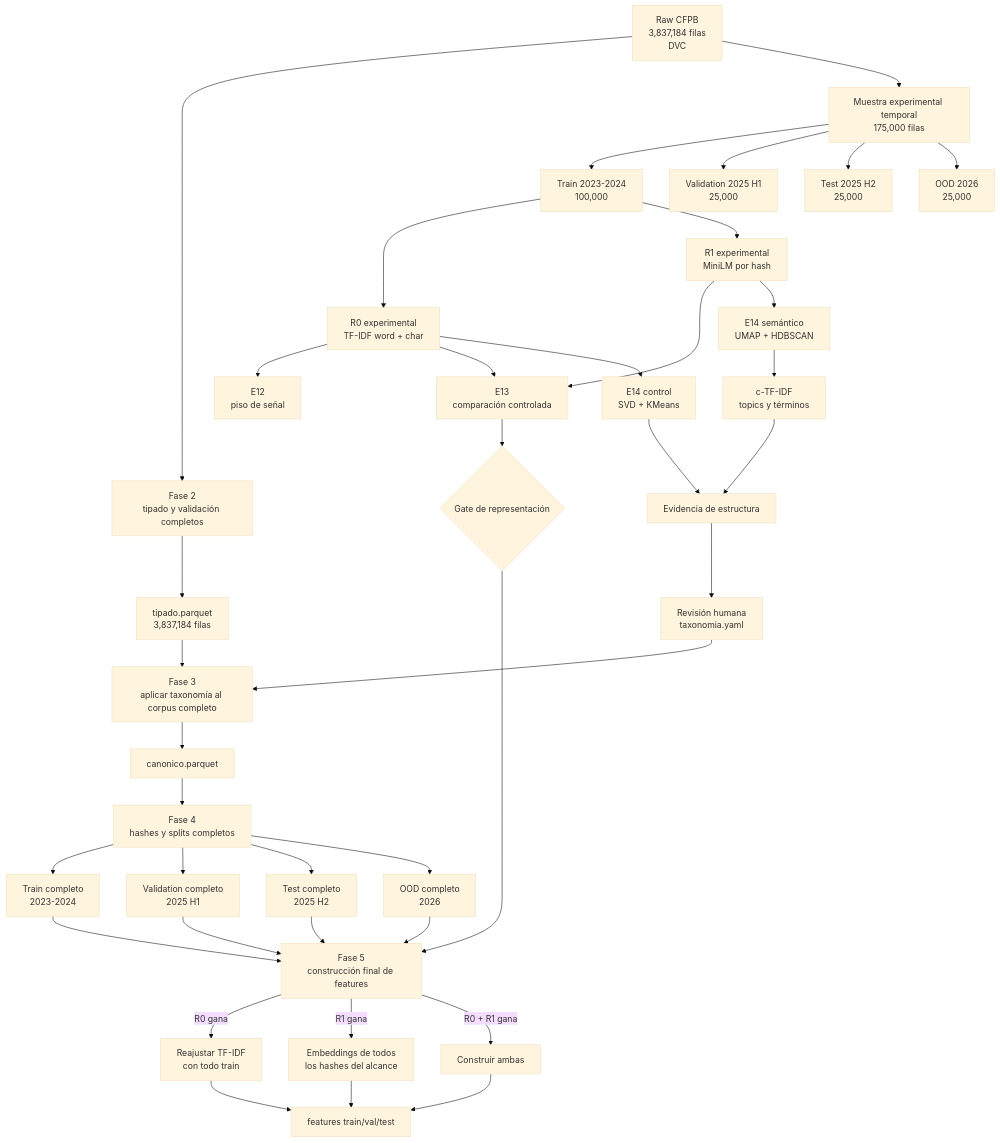
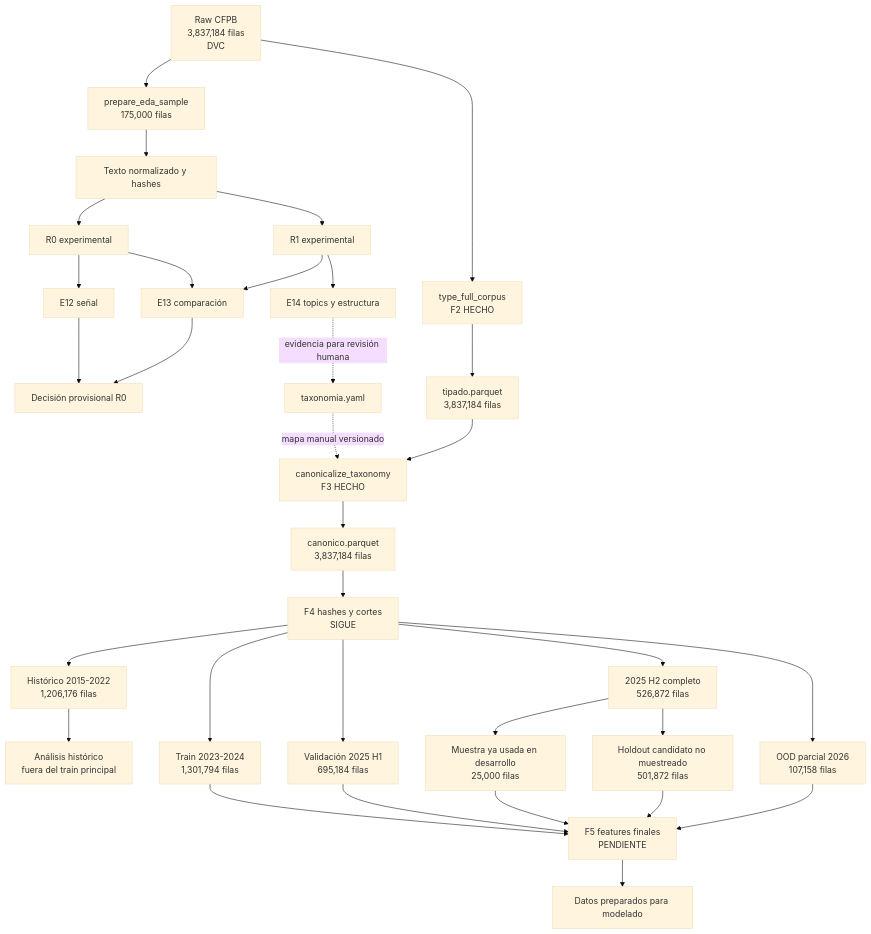
One commit to Codenid/capstone-claims-triage changed the second of 2 diagrams in README.md. Above: the diagram before and after it, drawn with Mermaid (base theme). The commit also changed other lines of this file and 4 other files, not shown here.

````diff
--- a/README.md
+++ b/README.md
@@ -87,49 +163,38 @@
 ```mermaid
 flowchart TD
-    A[Raw CFPB<br/>3,837,184 filas<br/>DVC] --> B[Fase 2<br/>tipado y validación completos]
-    B --> C[tipado.parquet<br/>3,837,184 filas]
+    A[Raw CFPB<br/>3,837,184 filas<br/>DVC] --> B[prepare_eda_sample<br/>175,000 filas]
+    A --> C[type_full_corpus<br/>F2 HECHO]
 
-    A --> D[Muestra experimental temporal<br/>175,000 filas]
-    D --> D1[Train 2023-2024<br/>100,000]
-    D --> D2[Validation 2025 H1<br/>25,000]
-    D --> D3[Test 2025 H2<br/>25,000]
-    D --> D4[OOD 2026<br/>25,000]
+    B --> D[Texto normalizado y hashes]
+    D --> E[R0 experimental]
+    D --> F[R1 experimental]
+    E --> G[E12 señal]
+    E --> H[E13 comparación]
+    F --> H
+    F --> I[E14 topics y estructura]
+    G --> J[Decisión provisional R0]
+    H --> J
+    I -. evidencia para revisión humana .-> K[taxonomia.yaml]
 
-    D1 --> E[R0 experimental<br/>TF-IDF word + char]
-    D1 --> F[R1 experimental<br/>MiniLM por hash]
-    E --> G[E12<br/>piso de señal]
-    E --> H[E13<br/>comparación controlada]
-    F --> H
-    E --> I[E14 control<br/>SVD + KMeans]
-    F --> J[E14 semántico<br/>UMAP + HDBSCAN]
-    J --> K[c-TF-IDF<br/>topics y términos]
-    I --> L[Evidencia de estructura]
-    K --> L
+    C --> L[tipado.parquet<br/>3,837,184 filas]
+    L --> M[canonicalize_taxonomy<br/>F3 HECHO]
+    K -. mapa manual versionado .-> M
+    M --> N[canonico.parquet<br/>3,837,184 filas]
 
-    H --> M{Gate de representación}
-    L --> N[Revisión humana<br/>taxonomia.yaml]
+    N --> O[F4 hashes y cortes<br/>SIGUE]
+    O --> P[Histórico 2015-2022<br/>1,206,176 filas]
+    O --> Q[Train 2023-2024<br/>1,301,794 filas]
+    O --> R[Validación 2025 H1<br/>695,184 filas]
+    O --> S[2025 H2 completo<br/>526,872 filas]
+    S --> S1[Muestra ya usada en desarrollo<br/>25,000 filas]
+    S --> S2[Holdout candidato no muestreado<br/>501,872 filas]
+    O --> T[OOD parcial 2026<br/>107,158 filas]
 
-    C --> O[Fase 3<br/>aplicar taxonomía al corpus completo]
-    N --> O
-    O --> P[canonico.parquet]
-    P --> Q[Fase 4<br/>hashes y splits completos]
-
-    Q --> R[Train completo<br/>2023-2024]
-    Q --> S[Validation completo<br/>2025 H1]
-    Q --> T[Test completo<br/>2025 H2]
-    Q --> U[OOD completo<br/>2026]
-
-    M --> V[Fase 5<br/>construcción final de features]
-    R --> V
-    S --> V
-    T --> V
-    U --> V
-
-    V -->|R0 gana| W[Reajustar TF-IDF<br/>con todo train]
-    V -->|R1 gana| X[Embeddings de todos<br/>los hashes del alcance]
-    V -->|R0 + R1 gana| Y[Construir ambas]
-
-    W --> Z[features train/val/test]
-    X --> Z
-    Y --> Z
+    Q --> U[F5 features finales<br/>PENDIENTE]
+    R --> U
+    S1 --> U
+    S2 --> U
+    T --> U
+    P --> V[Análisis histórico<br/>fuera del train principal]
+    U --> W[Datos preparados para modelado]
 ```
````
